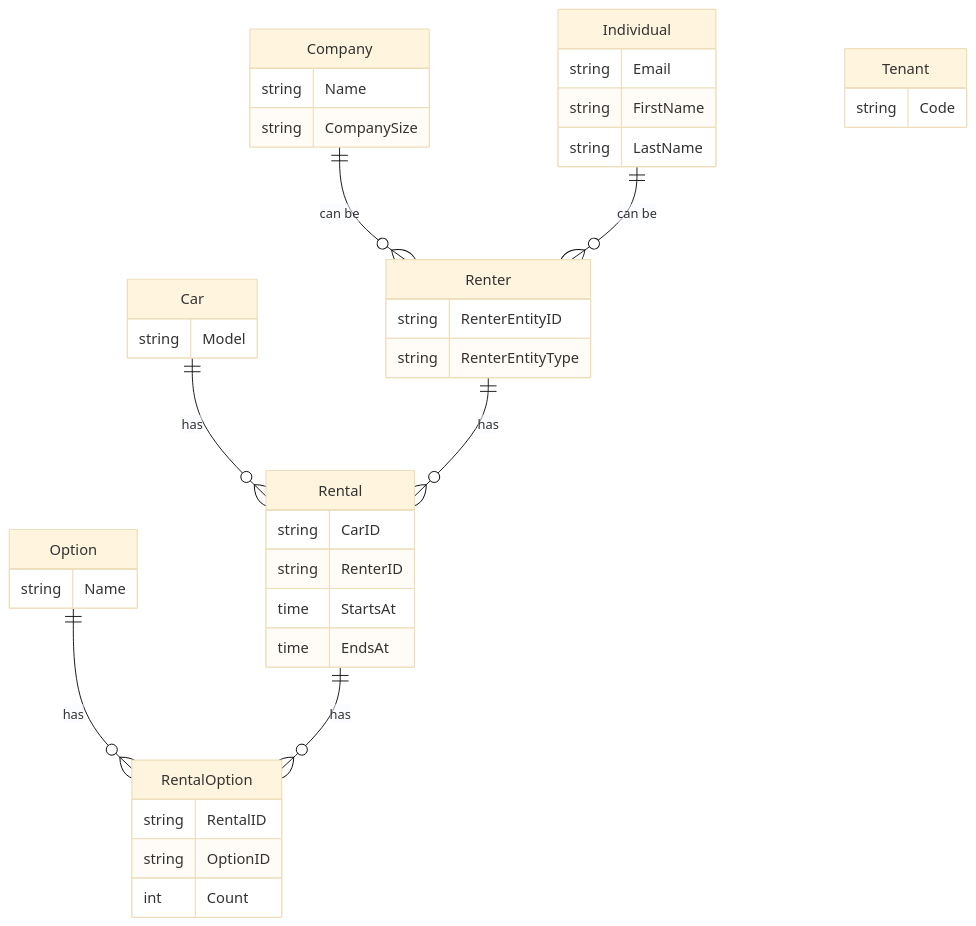
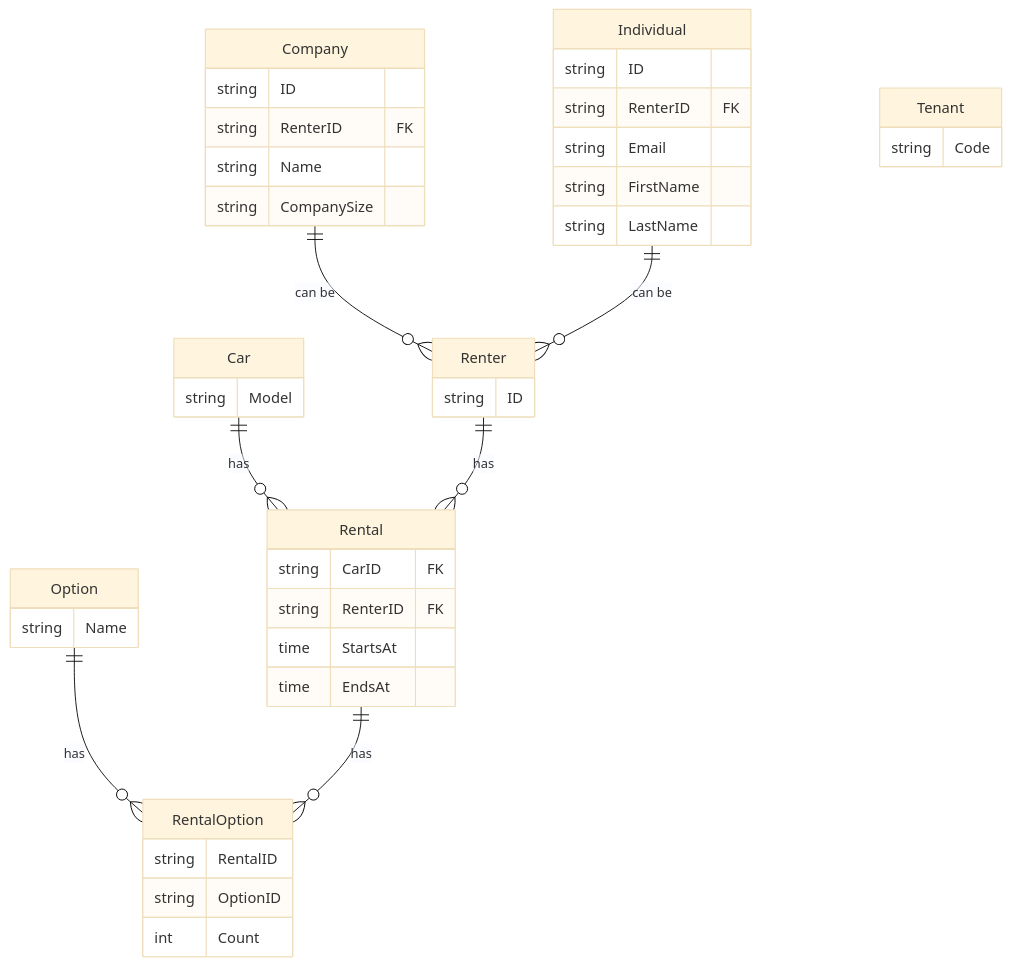
The first of 2 diagrams in docs/er-diagram.md (jp-ryuji/go-arch-patterns), drawn with Mermaid (base theme) before and after one commit. The commit also changed other lines of this file and 21 other files, not shown here.

````diff
--- a/docs/er-diagram.md
+++ b/docs/er-diagram.md
@@ -13,51 +14,53 @@
 ```mermaid
 erDiagram
     Company ||--o{ Renter : "can be"
     Individual ||--o{ Renter : "can be"
     Car ||--o{ Rental : has
-
     Renter ||--o{ Rental : has
     Option ||--o{ RentalOption : has
     Rental ||--o{ RentalOption : has
 
     Tenant {
         string Code
     }
 
     Car {
         string Model
     }
 
     Company {
+        string ID
+        string RenterID "FK"
         string Name
         string CompanySize
     }
 
     Individual {
+        string ID
+        string RenterID "FK"
         string Email
         string FirstName
         string LastName
     }
 
     Renter {
-        string RenterEntityID
-        string RenterEntityType
+        string ID
     }
 
     Rental {
-        string CarID
-        string RenterID
+        string CarID "FK"
+        string RenterID "FK"
         time StartsAt
         time EndsAt
     }
 
     Option {
         string Name
     }
 
     RentalOption {
         string RentalID
         string OptionID
         int Count
     }
 ```
````
